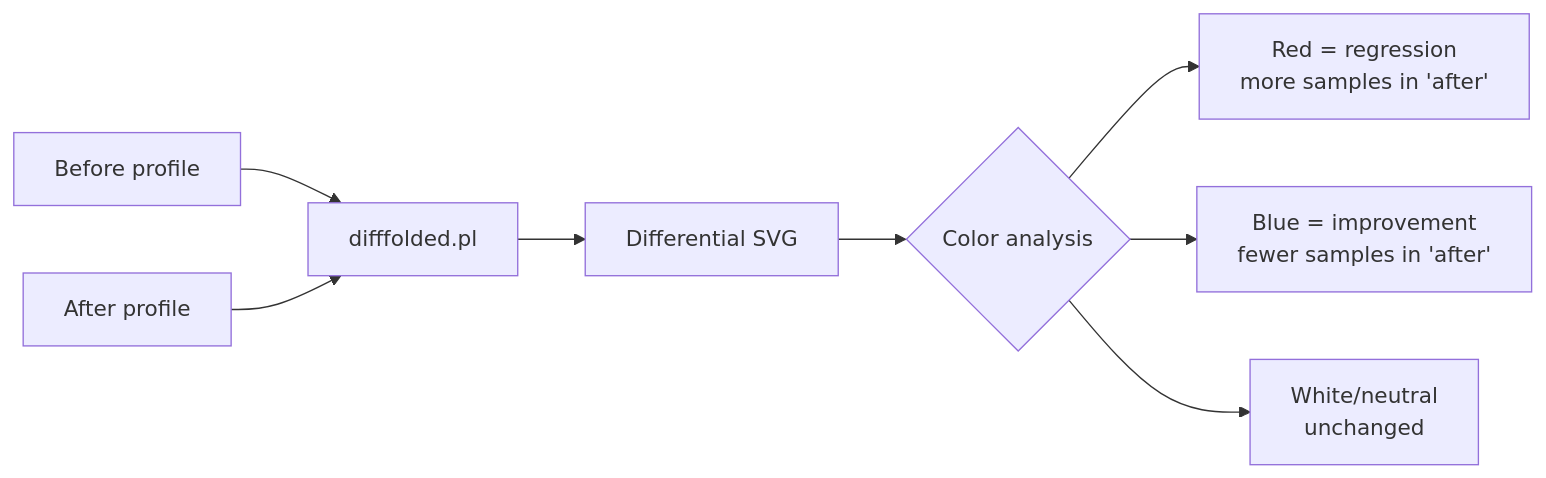
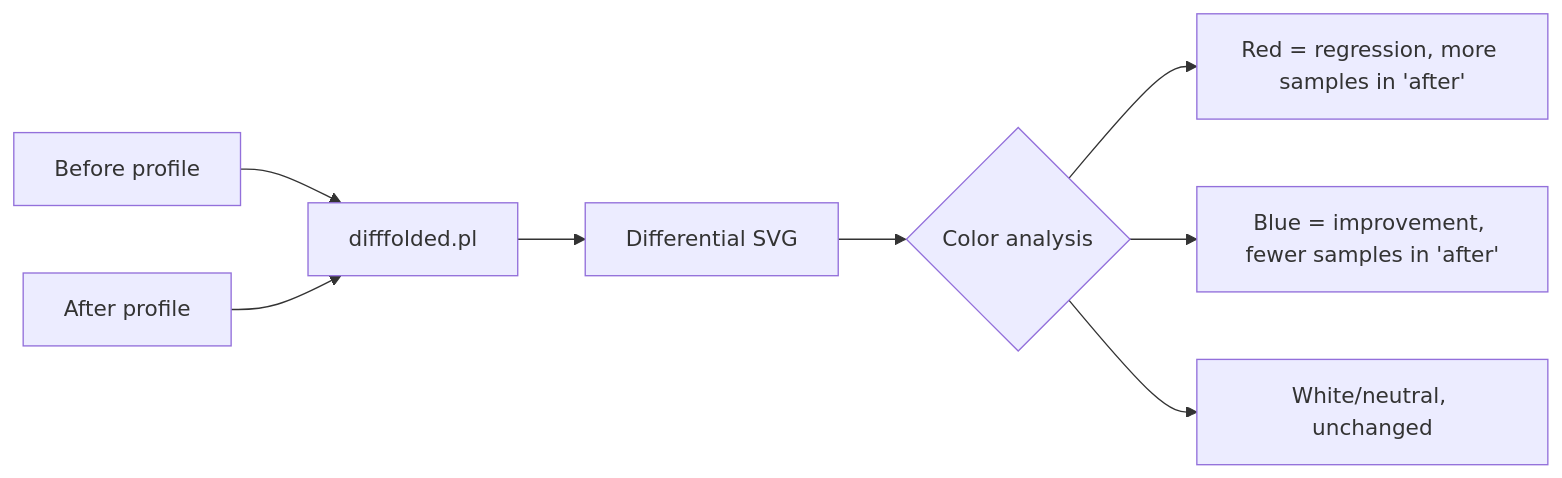
The third of 4 diagrams in src/performance/flame-graphs.md (Abhinav-Kumar012/lb2), drawn with Mermaid before and after one commit. The commit also changed other lines of this file and 4 other files, not shown here.

Commit message:
fix: mermaid syntax - kernel/filesystems

````diff
--- a/src/performance/flame-graphs.md
+++ b/src/performance/flame-graphs.md
@@ -552,13 +550,10 @@
 ```mermaid
 flowchart LR
     A[Before profile] --> C[difffolded.pl]
     B[After profile] --> C
     C --> D[Differential SVG]
     D --> E{Color analysis}
-    E --> F[Red = regression
-         more samples in 'after']
-    E --> G[Blue = improvement
-         fewer samples in 'after']
-    E --> H[White/neutral
-         unchanged]
+    E --> F["Red = regression, more samples in 'after'"]
+    E --> G["Blue = improvement, fewer samples in 'after'"]
+    E --> H["White/neutral, unchanged"]
 ```
````
